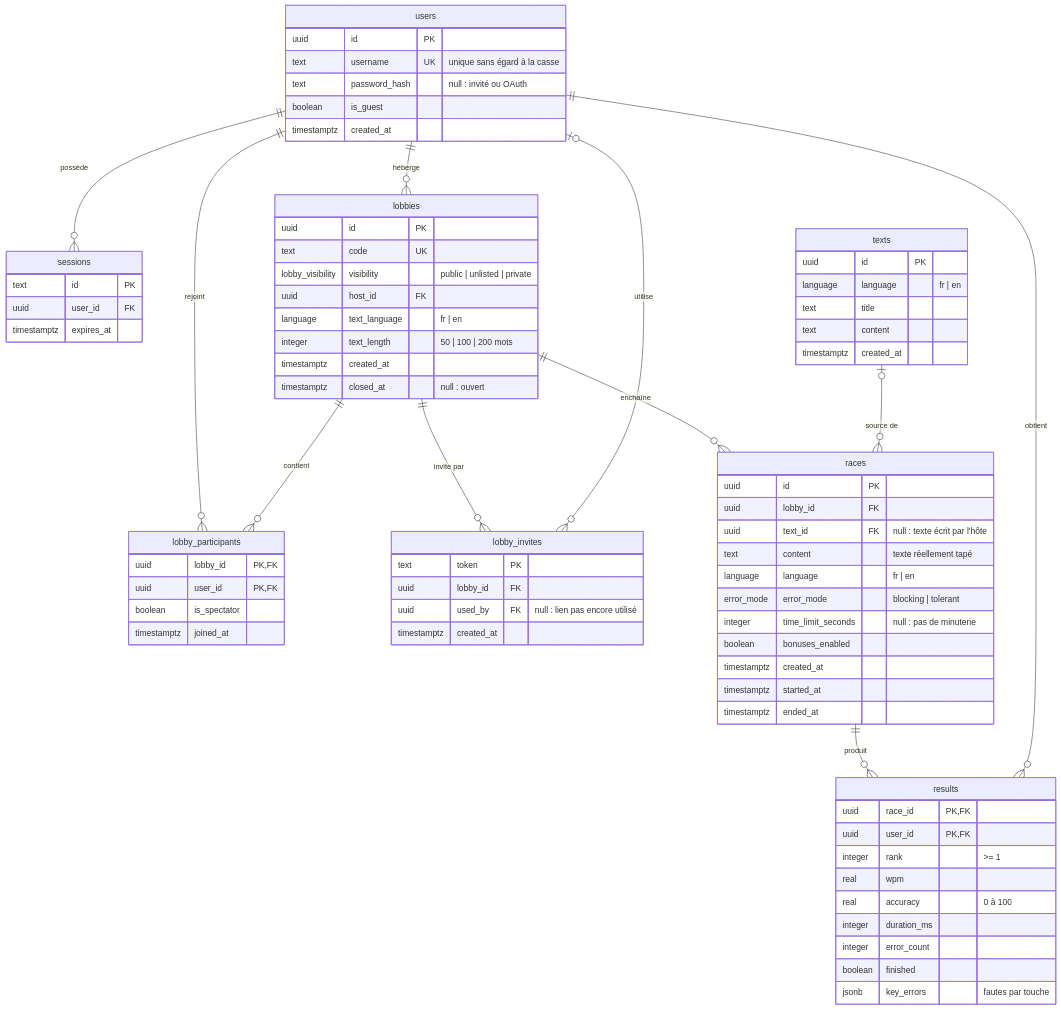
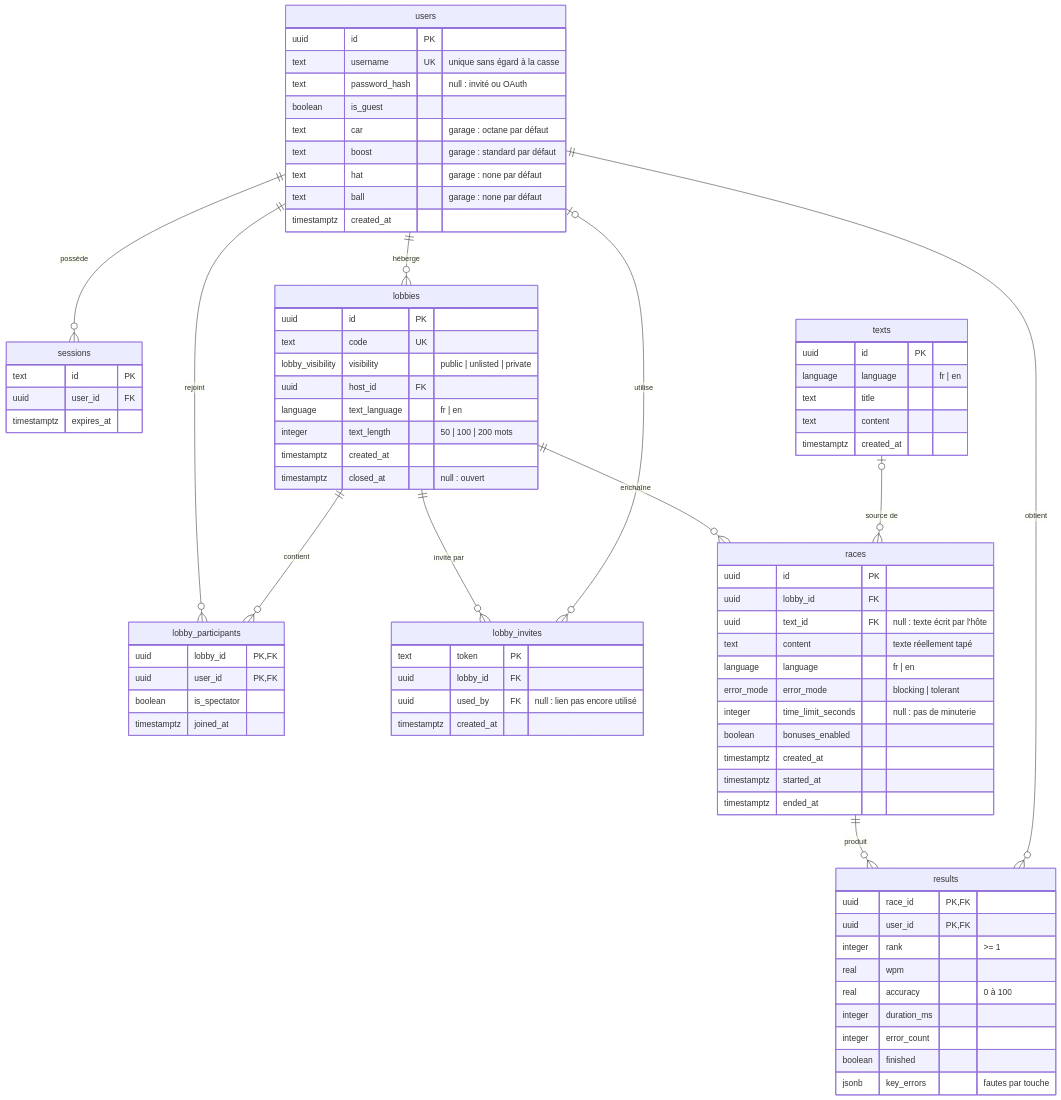
One commit to Madlodon/taype-in changed the diagram in docs/modele-de-donnees.md. Above: the diagram before and after it, drawn with Mermaid. The commit also changed other lines of this file and 7 other files, not shown here.

```diff
--- a/docs/modele-de-donnees.md
+++ b/docs/modele-de-donnees.md
@@ -20,6 +20,10 @@
         text username UK "unique sans égard à la casse"
         text password_hash "null : invité ou OAuth"
         boolean is_guest
+        text car "garage : octane par défaut"
+        text boost "garage : standard par défaut"
+        text hat "garage : none par défaut"
+        text ball "garage : none par défaut"
         timestamptz created_at
     }
 
```
